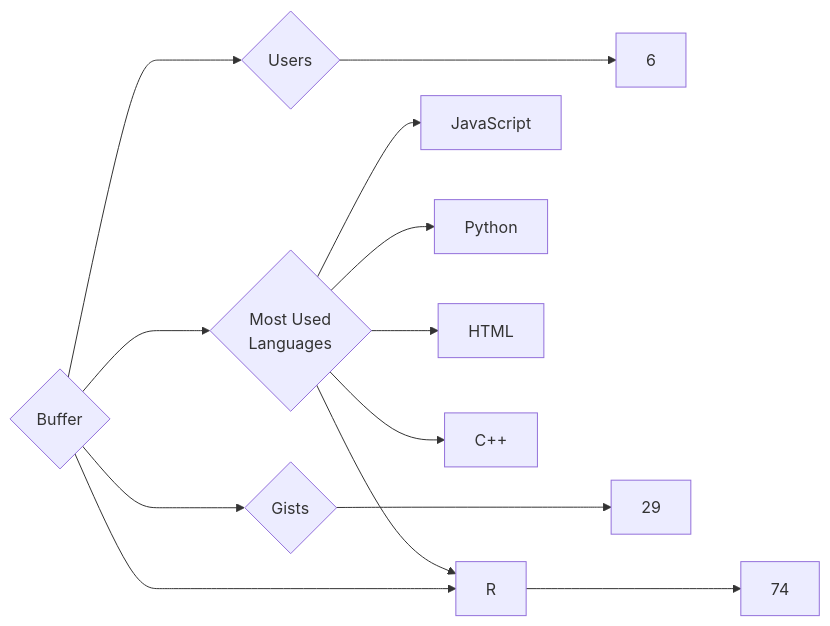
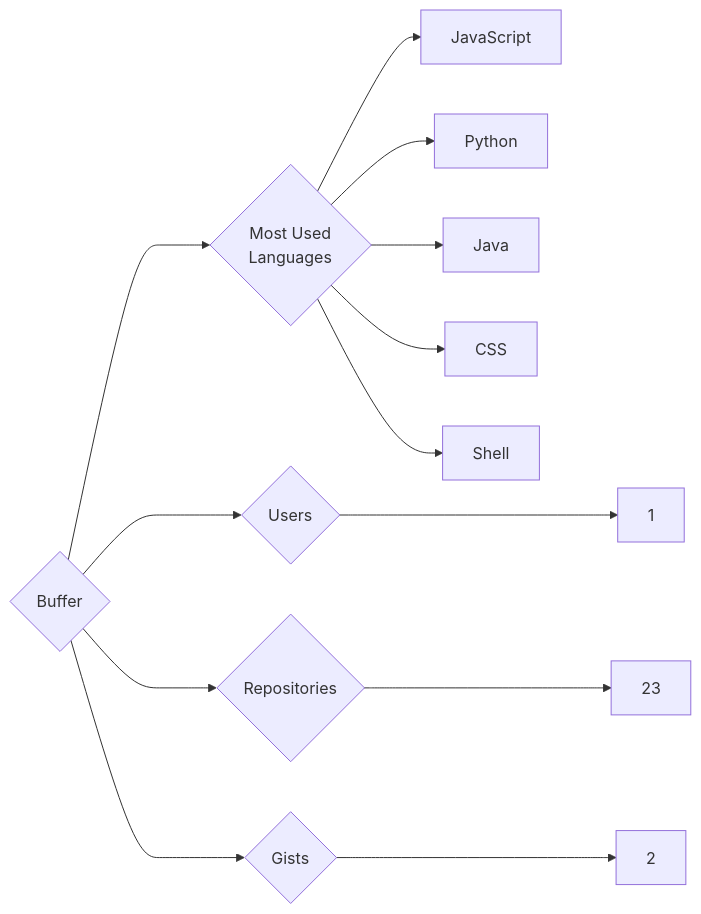
Before and after one commit to trickest/insiders: the diagram in targets/Buffer/README.md, drawn with Mermaid. The commit also changed 984 other files, not shown here.

````diff
--- a/targets/Buffer/README.md
+++ b/targets/Buffer/README.md
@@ -3,13 +3,13 @@
 ```mermaid
 graph LR
 COMPANY_NAME{Buffer}
-COMPANY_NAME ---> U{Users} ---> UN[6]
-COMPANY_NAME ---> R{Repositories} ---> RN[74]
-COMPANY_NAME ---> G{Gists} ---> GN[29]
+COMPANY_NAME ---> U{Users} ---> UN[1]
+COMPANY_NAME ---> R{Repositories} ---> RN[23]
+COMPANY_NAME ---> G{Gists} ---> GN[2]
 COMPANY_NAME ---> ML{Most Used<br>Languages}
 ML --> JavaScript[JavaScript]
 ML --> Python[Python]
-ML --> R[R]
-ML --> HTML[HTML]
-ML --> C++[C++]
+ML --> Java[Java]
+ML --> CSS[CSS]
+ML --> Shell[Shell]
 ```
````
